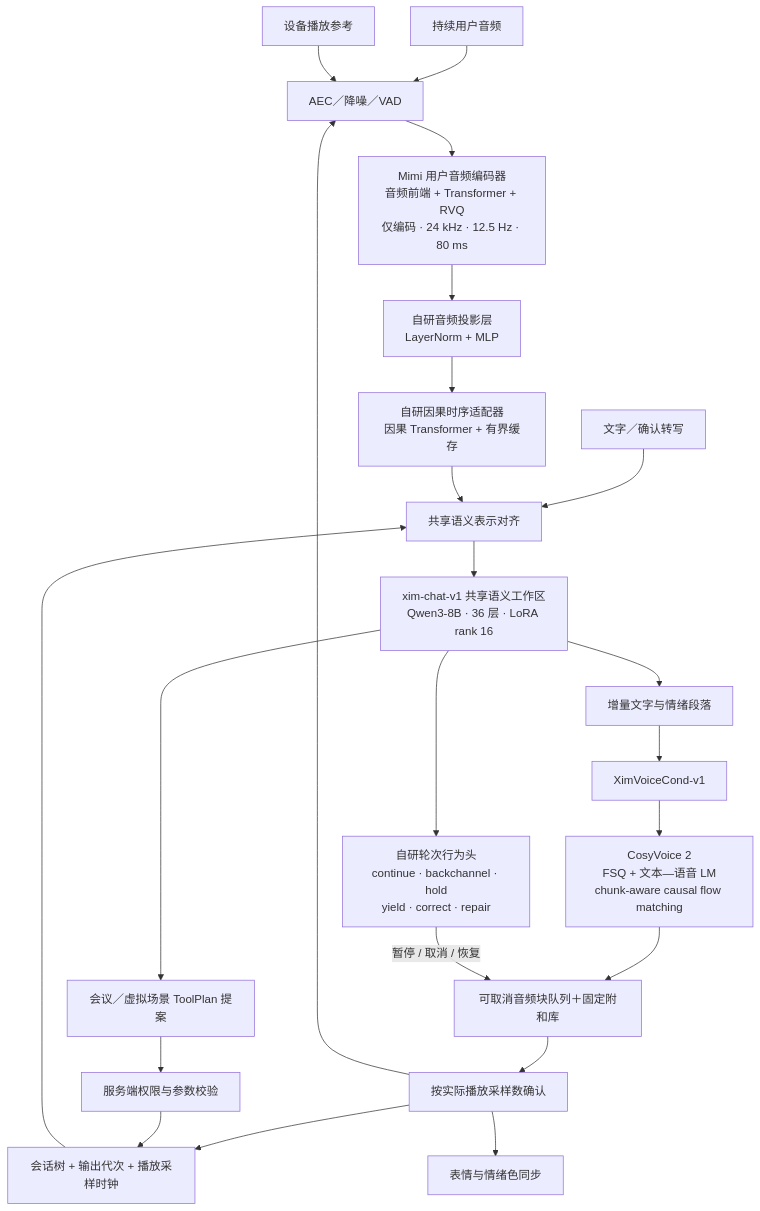
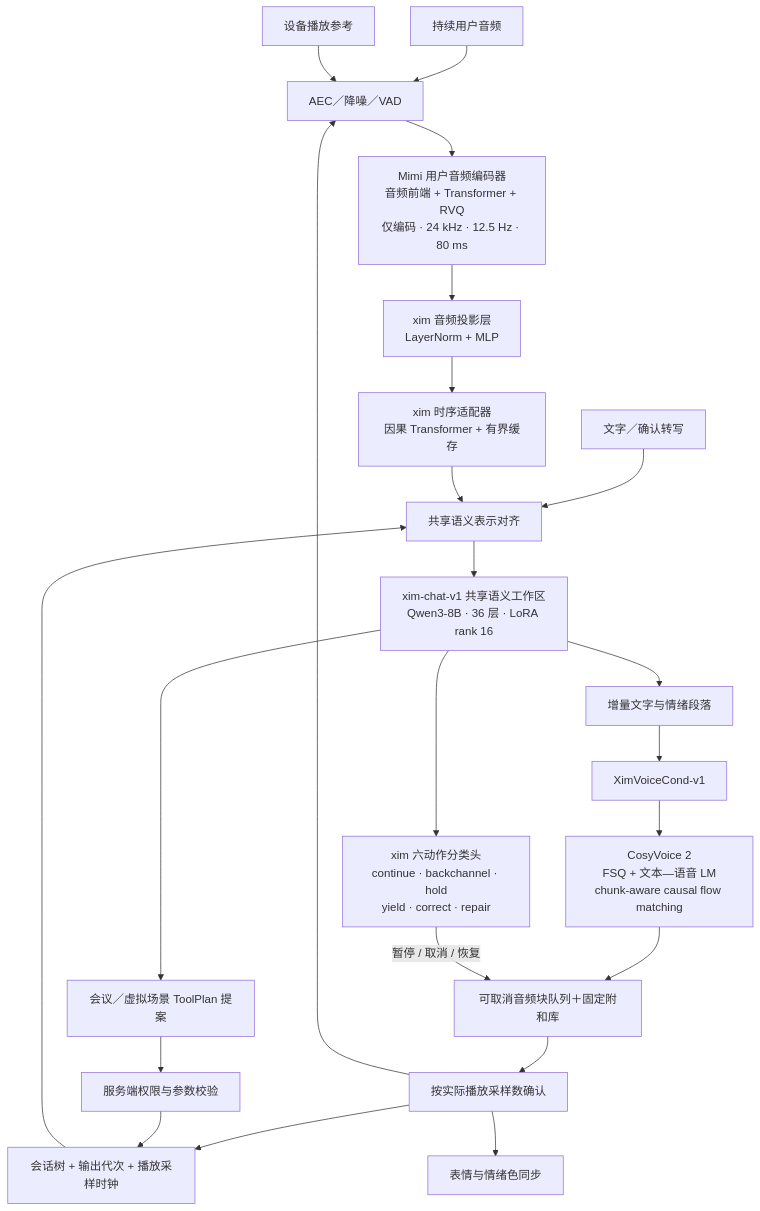
Before and after one commit to wuki-creator/Xim-duplex: the fifth of 6 diagrams in docs/MODEL_FLOW.md, drawn with Mermaid. The commit also changed other lines of this file and 21 other files, not shown here.

````diff
--- a/docs/MODEL_FLOW.md
+++ b/docs/MODEL_FLOW.md
@@ -123,25 +123,25 @@
 ```mermaid
 flowchart TD
     AUDIO[持续用户音频] --> AEC[AEC／降噪／VAD]
     REF[设备播放参考] --> AEC
     AEC --> MIMI[Mimi 用户音频编码器<br/>音频前端 + Transformer + RVQ<br/>仅编码 · 24 kHz · 12.5 Hz · 80 ms]
-    MIMI --> PROJ[自研音频投影层<br/>LayerNorm + MLP]
-    PROJ --> ADAPT[自研因果时序适配器<br/>因果 Transformer + 有界缓存]
+    MIMI --> PROJ[xim 音频投影层<br/>LayerNorm + MLP]
+    PROJ --> ADAPT[xim 时序适配器<br/>因果 Transformer + 有界缓存]
     TEXT[文字／确认转写] --> ALIGN[共享语义表示对齐]
     ADAPT --> ALIGN
     STATE[会话树 + 输出代次 + 播放采样时钟] --> ALIGN
     ALIGN --> XIM[xim-chat-v1 共享语义工作区<br/>Qwen3-8B · 36 层 · LoRA rank 16]
-    XIM --> POLICY[自研轮次行为头<br/>continue · backchannel · hold<br/>yield · correct · repair]
+    XIM --> POLICY[xim 六动作分类头<br/>continue · backchannel · hold<br/>yield · correct · repair]
     XIM --> SEG[增量文字与情绪段落]
     SEG --> VPROJ[XimVoiceCond-v1]
     VPROJ --> CV2[CosyVoice 2<br/>FSQ + 文本—语音 LM<br/>chunk-aware causal flow matching]
     CV2 --> PLAY[可取消音频块队列＋固定附和库]
     PLAY --> ACK[按实际播放采样数确认]
     ACK --> STATE
     ACK --> AEC
     ACK --> FACE[表情与情绪色同步]
     POLICY -->|暂停 / 取消 / 恢复| PLAY
     XIM --> PLAN[会议／虚拟场景 ToolPlan 提案]
     PLAN --> CHECK[服务端权限与参数校验]
     CHECK --> STATE
 ```
````
